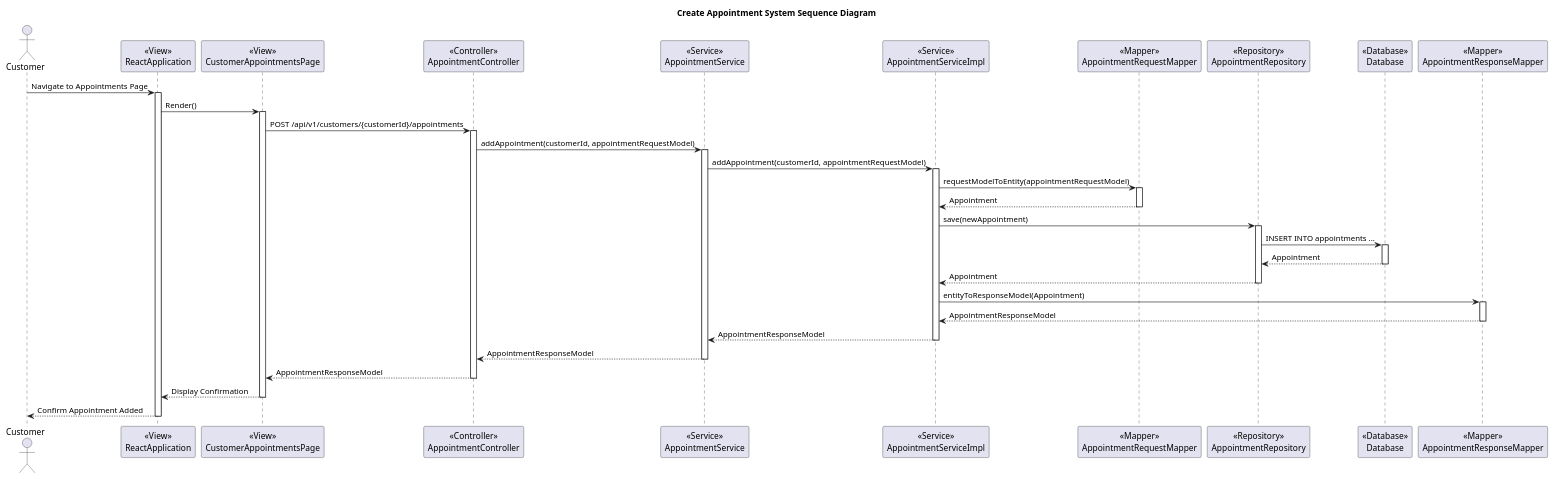
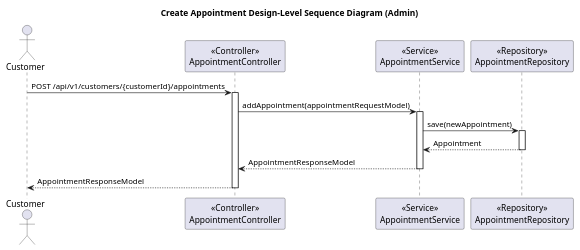
One commit to Iantomasi/ateliermecanique-ws changed the diagram in diagrams/2-customer/Appointments/CreateAppointment/2.1-CreateAppointmentSystemSequenceDiagram.puml. Above: the diagram before and after it, drawn with PlantUML. The commit also changed 52 other files, not shown here.

```diff
--- a/diagrams/2-customer/Appointments/CreateAppointment/2.1-CreateAppointmentSystemSequenceDiagram.puml
+++ b/diagrams/2-customer/Appointments/CreateAppointment/2.1-CreateAppointmentSystemSequenceDiagram.puml
@@ -1,70 +1,27 @@
 @startuml
-title Create Appointment System Sequence Diagram
+title Create Appointment Design-Level Sequence Diagram (Admin)
 
 actor Customer
 
-participant ReactApplication as "<<View>>\nReactApplication"
-participant CustomerAppointmentsPage as "<<View>>\nCustomerAppointmentsPage"
 participant AppointmentController as "<<Controller>>\nAppointmentController"
 participant AppointmentService as "<<Service>>\nAppointmentService"
-participant AppointmentServiceImpl as "<<Service>>\nAppointmentServiceImpl"
-participant AppointmentRequestMapper as "<<Mapper>>\nAppointmentRequestMapper"
 participant AppointmentRepository as "<<Repository>>\nAppointmentRepository"
-participant Database as "<<Database>>\nDatabase"
-participant AppointmentResponseMapper as "<<Mapper>>\nAppointmentResponseMapper"
 
-Customer -> ReactApplication: Navigate to Appointments Page
-activate ReactApplication
-
-ReactApplication -> CustomerAppointmentsPage: Render()
-activate CustomerAppointmentsPage
-
-CustomerAppointmentsPage -> AppointmentController: POST /api/v1/customers/{customerId}/appointments
+Customer -> AppointmentController: POST /api/v1/customers/{customerId}/appointments
 activate AppointmentController
 
-AppointmentController -> AppointmentService: addAppointment(customerId, appointmentRequestModel)
+AppointmentController -> AppointmentService: addAppointment(appointmentRequestModel)
 activate AppointmentService
 
-AppointmentService -> AppointmentServiceImpl: addAppointment(customerId, appointmentRequestModel)
-activate AppointmentServiceImpl
-
-AppointmentServiceImpl -> AppointmentRequestMapper: requestModelToEntity(appointmentRequestModel)
-activate AppointmentRequestMapper
-
-AppointmentRequestMapper --> AppointmentServiceImpl: Appointment
-deactivate AppointmentRequestMapper
-
-AppointmentServiceImpl -> AppointmentRepository: save(newAppointment)
+AppointmentService -> AppointmentRepository: save(newAppointment)
 activate AppointmentRepository
 
-AppointmentRepository -> Database: INSERT INTO appointments ...
-activate Database
-
-Database --> AppointmentRepository: Appointment
-deactivate Database
-
-AppointmentRepository --> AppointmentServiceImpl: Appointment
+AppointmentRepository --> AppointmentService: Appointment
 deactivate AppointmentRepository
-
-AppointmentServiceImpl -> AppointmentResponseMapper: entityToResponseModel(Appointment)
-activate AppointmentResponseMapper
-
-AppointmentResponseMapper --> AppointmentServiceImpl: AppointmentResponseModel
-deactivate AppointmentResponseMapper
-
-AppointmentServiceImpl --> AppointmentService: AppointmentResponseModel
-deactivate AppointmentServiceImpl
 
 AppointmentService --> AppointmentController: AppointmentResponseModel
 deactivate AppointmentService
 
-AppointmentController --> CustomerAppointmentsPage: AppointmentResponseModel
+AppointmentController --> Customer: AppointmentResponseModel
 deactivate AppointmentController
-
-CustomerAppointmentsPage --> ReactApplication: Display Confirmation
-deactivate CustomerAppointmentsPage
-
-ReactApplication --> Customer: Confirm Appointment Added
-deactivate ReactApplication
-
 @enduml
```
